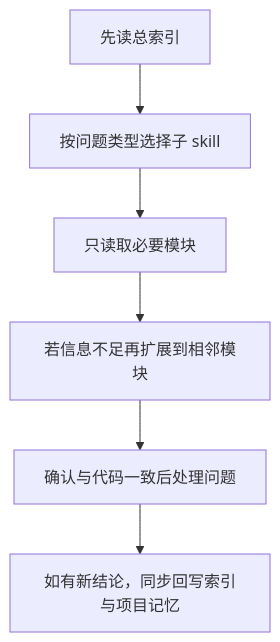
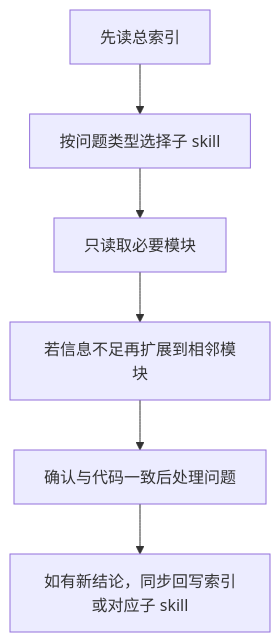
One commit to Aubyn11/POELike changed the diagram in POELike_接手Skill.md. Above: the diagram before and after it, drawn with Mermaid. The commit also changed other lines of this file and 52 other files, not shown here.

Commit message:
feat: 新增通货类型与堆叠管理，优化视图刷新及自动放置

````diff
--- a/POELike_接手Skill.md
+++ b/POELike_接手Skill.md
@@ -116,8 +131,8 @@
 ```mermaid
 flowchart TD
     A[先读总索引] --> B[按问题类型选择子 skill]
     B --> C[只读取必要模块]
     C --> D[若信息不足再扩展到相邻模块]
     D --> E[确认与代码一致后处理问题]
-    E --> F[如有新结论，同步回写索引与项目记忆]
+    E --> F[如有新结论，同步回写索引或对应子 skill]
 ```
````
